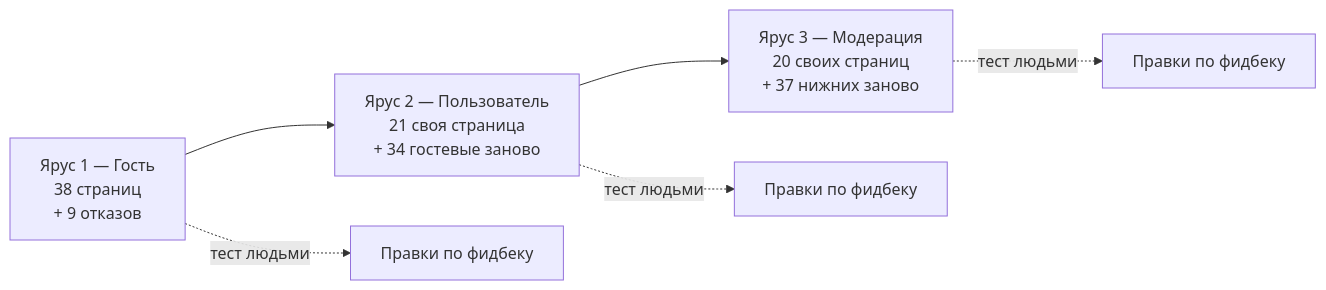
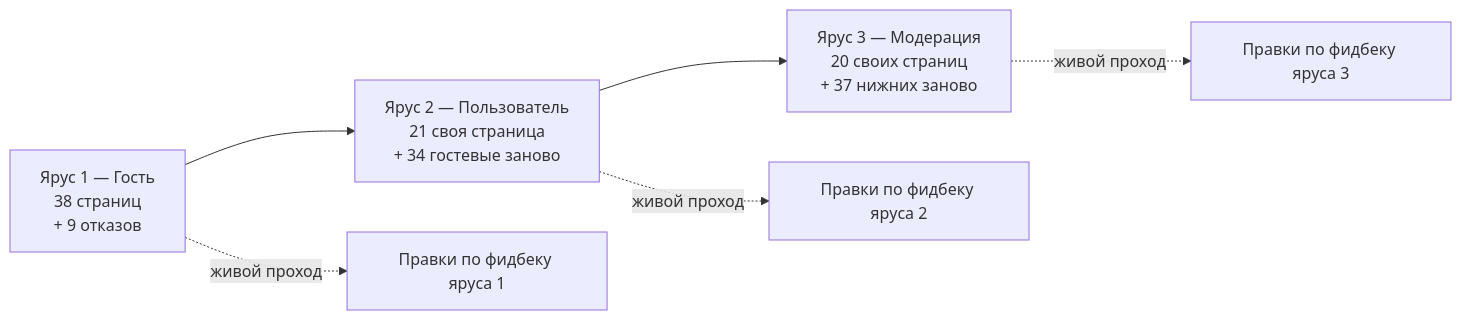
One commit to dm-am/dm3 changed the second of 2 diagrams in docs/PROGRESS.md. Above: the diagram before and after it, drawn with Mermaid. The commit also changed other lines of this file and 1646 other files, not shown here.

````diff
--- a/docs/PROGRESS.md
+++ b/docs/PROGRESS.md
@@ -40,8 +40,8 @@
 ```mermaid
 flowchart LR
     G["Ярус 1 — Гость<br/>38 страниц<br/>+ 9 отказов"] --> U["Ярус 2 — Пользователь<br/>21 своя страница<br/>+ 34 гостевые заново"]
     U --> M["Ярус 3 — Модерация<br/>20 своих страниц<br/>+ 37 нижних заново"]
-    G -.->|тест людьми| G2["Правки по фидбеку"]
-    U -.->|тест людьми| U2["Правки по фидбеку"]
-    M -.->|тест людьми| M2["Правки по фидбеку"]
+    G -.->|"живой проход"| G2["Правки по фидбеку яруса 1"]
+    U -.->|"живой проход"| U2["Правки по фидбеку яруса 2"]
+    M -.->|"живой проход"| M2["Правки по фидбеку яруса 3"]
 ```
````
